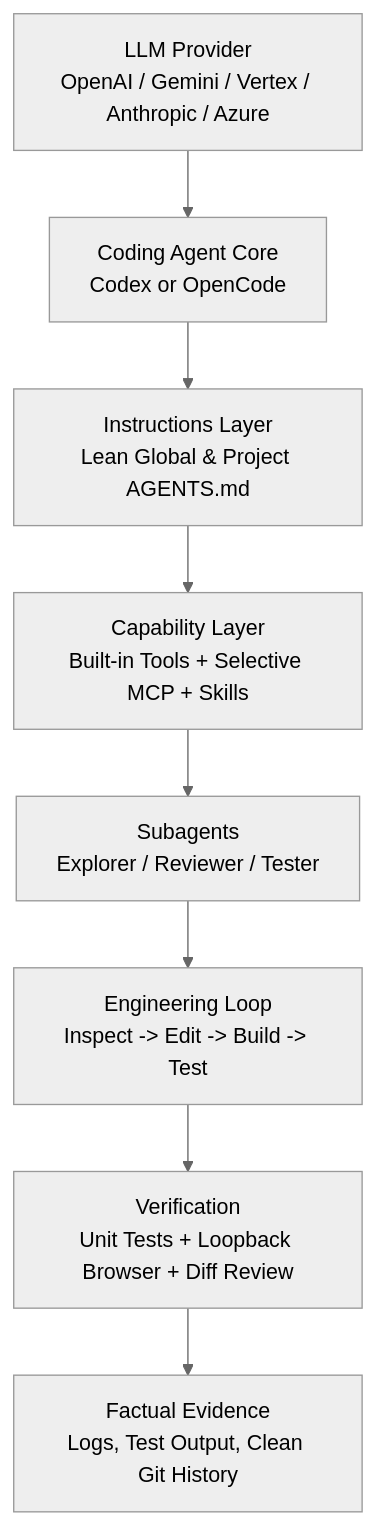
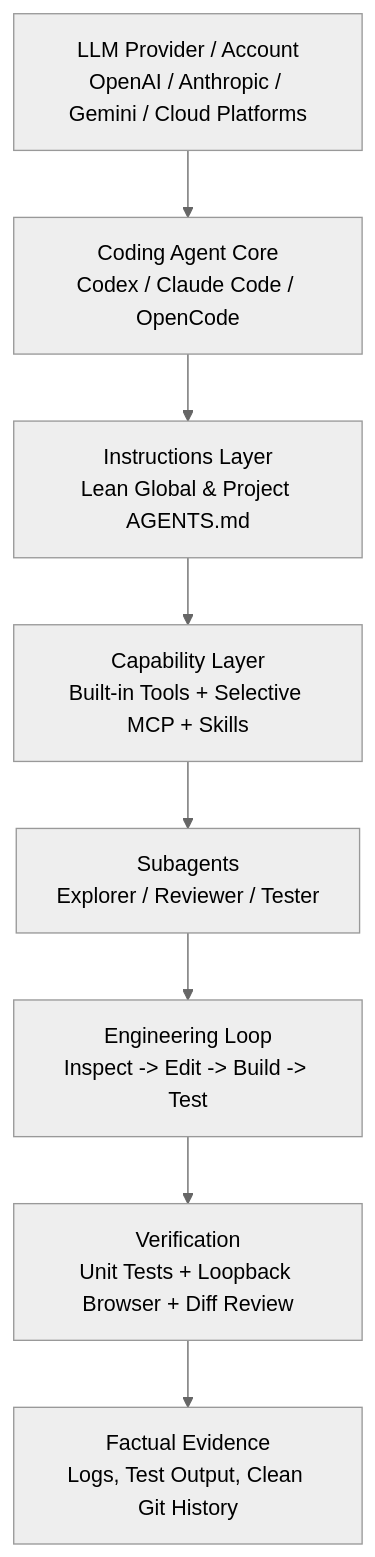
The diagram in README.md (imadui/Prepare_Your_Code_Agent), drawn with Mermaid (neutral theme) before and after one commit. The commit also changed other lines of this file and 14 other files, not shown here.

First line of the commit message:
feat: add Claude Code preparation guide

````diff
--- a/README.md
+++ b/README.md
@@ -30,10 +31,10 @@
 ```mermaid
 flowchart TD
-    A[LLM Provider\nOpenAI / Gemini / Vertex / Anthropic / Azure] --> B[Coding Agent Core\nCodex or OpenCode]
+    A[LLM Provider / Account\nOpenAI / Anthropic / Gemini / Cloud Platforms] --> B[Coding Agent Core\nCodex / Claude Code / OpenCode]
     B --> C[Instructions Layer\nLean Global & Project AGENTS.md]
     C --> D[Capability Layer\nBuilt-in Tools + Selective MCP + Skills]
     D --> E[Subagents\nExplorer / Reviewer / Tester]
     E --> F[Engineering Loop\nInspect -> Edit -> Build -> Test]
     F --> G[Verification\nUnit Tests + Loopback Browser + Diff Review]
     G --> H[Factual Evidence\nLogs, Test Output, Clean Git History]
 ```
````
